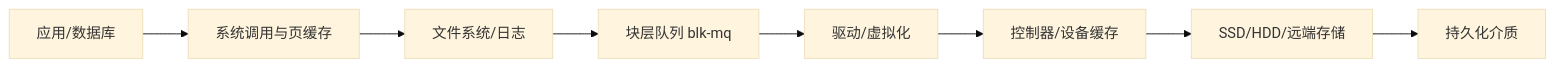
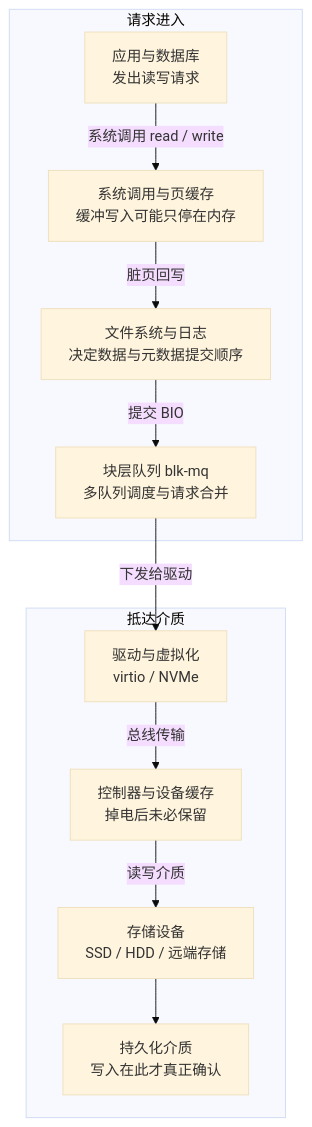
Before and after one commit to hub138/technical-knowledge: the diagram in vault/工程知识/性能工程：从用户等待到资源瓶颈/存储与网络/存储IO性能取决于访问模式、队列与持久化语义.md, drawn with Mermaid (base theme). The commit also changed 5 other files, not shown here.

Commit message:
工程知识六篇按配图 skill 补 mermaid 图：学习循环主链五图、NUMA双槽拓扑、存储IO、LSM写放大、读写三放大、锁争用临界区

````diff
--- a/vault/工程知识/性能工程：从用户等待到资源瓶颈/存储与网络/存储IO性能取决于访问模式、队列与持久化语义.md
+++ b/vault/工程知识/性能工程：从用户等待到资源瓶颈/存储与网络/存储IO性能取决于访问模式、队列与持久化语义.md
@@ -29,10 +29,14 @@
 ```mermaid
-flowchart LR
-    A[应用/数据库] --> B[系统调用与页缓存]
-    B --> C[文件系统/日志]
-    C --> D[块层队列 blk-mq]
-    D --> E[驱动/虚拟化]
-    E --> F[控制器/设备缓存]
-    F --> G[SSD/HDD/远端存储]
-    G --> H[持久化介质]
+flowchart TD
+    subgraph 请求进入
+        A[应用与数据库<br/>发出读写请求] -->|系统调用 read / write| B[系统调用与页缓存<br/>缓冲写入可能只停在内存]
+        B -->|脏页回写| C[文件系统与日志<br/>决定数据与元数据提交顺序]
+        C -->|提交 BIO| D[块层队列 blk-mq<br/>多队列调度与请求合并]
+    end
+    subgraph 抵达介质
+        E[驱动与虚拟化<br/>virtio / NVMe] -->|总线传输| F[控制器与设备缓存<br/>掉电后未必保留]
+        F -->|读写介质| G[存储设备<br/>SSD / HDD / 远端存储]
+        G --> H[持久化介质<br/>写入在此才真正确认]
+    end
+    D -->|下发给驱动| E
 ```
````
